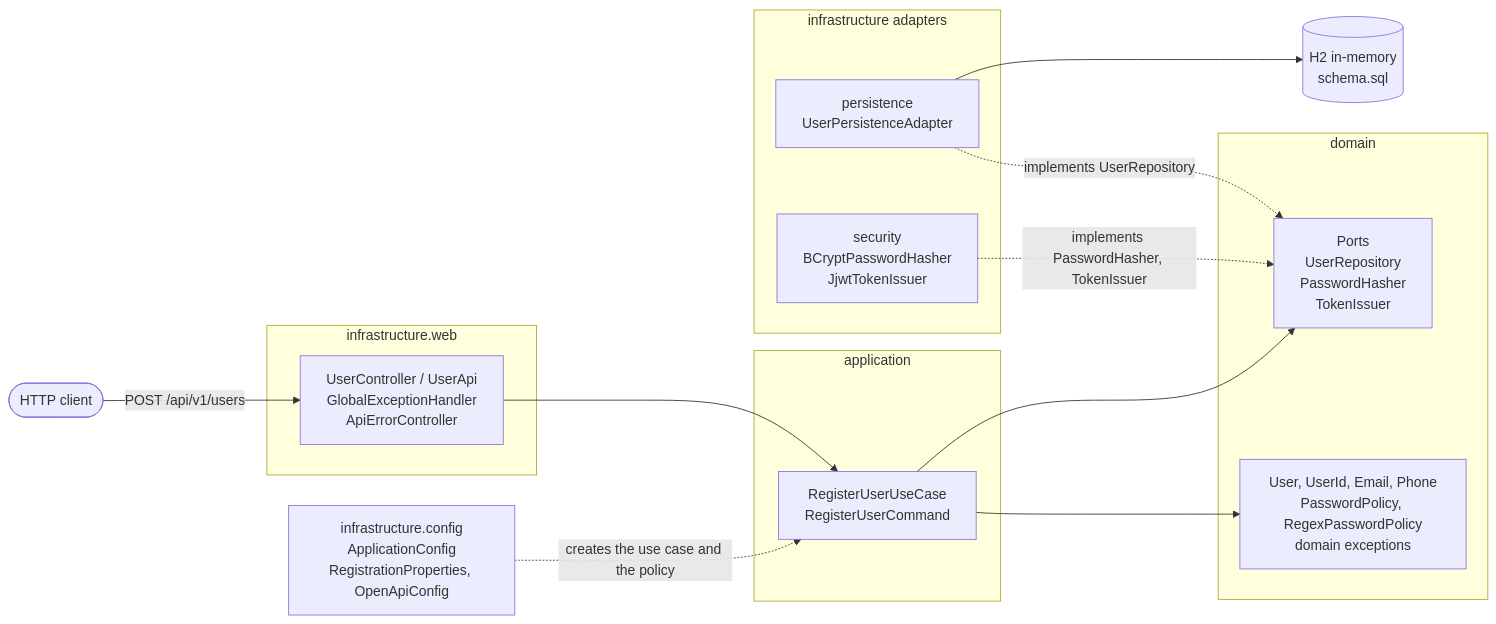
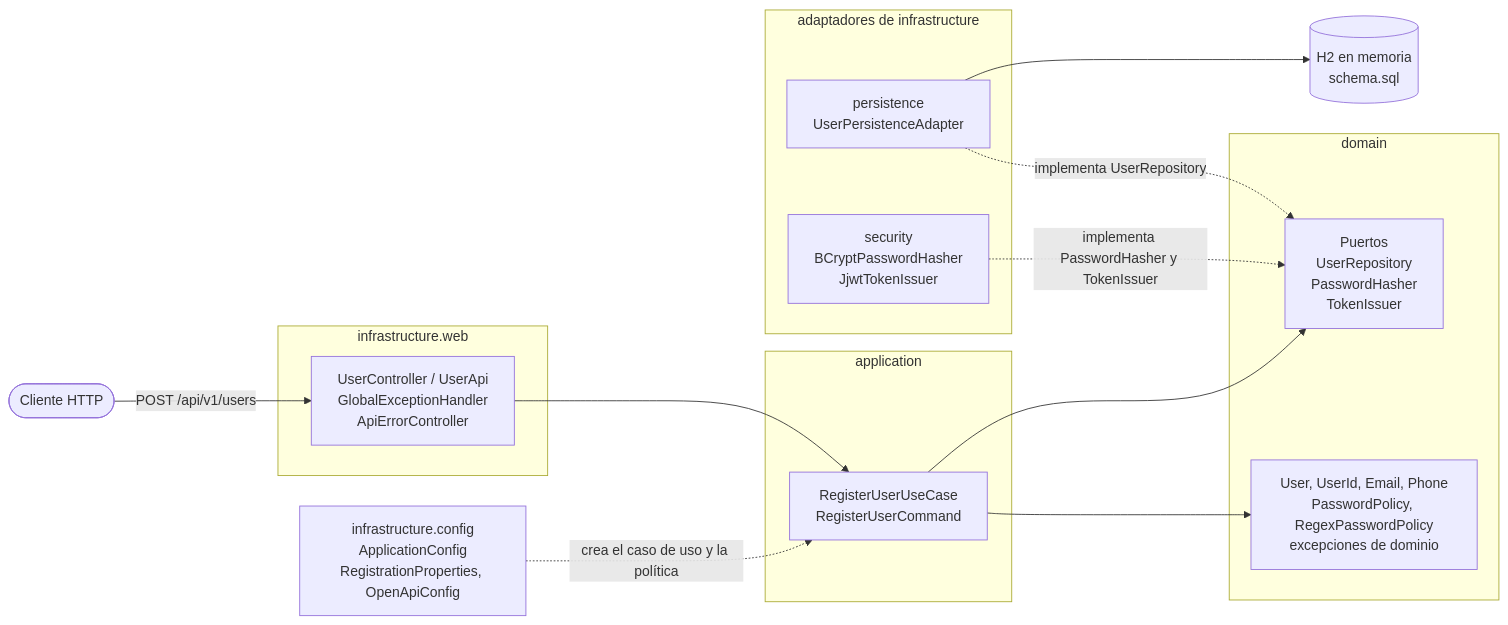
The diagram in docs/diagrams/components.mmd (gussvill/registro-usuarios-api), drawn with Mermaid before and after one commit. The commit also changed 7 other files, not shown here.

```diff
--- a/docs/diagrams/components.mmd
+++ b/docs/diagrams/components.mmd
@@ -1,32 +1,32 @@
 flowchart LR
-  Client([HTTP client])
+  Client([Cliente HTTP])
 
   subgraph infra_in [infrastructure.web]
     Web["UserController / UserApi<br/>GlobalExceptionHandler<br/>ApiErrorController"]
   end
 
   subgraph app [application]
     UC["RegisterUserUseCase<br/>RegisterUserCommand"]
   end
 
   subgraph dom [domain]
-    Model["User, UserId, Email, Phone<br/>PasswordPolicy, RegexPasswordPolicy<br/>domain exceptions"]
-    Ports["Ports<br/>UserRepository<br/>PasswordHasher<br/>TokenIssuer"]
+    Model["User, UserId, Email, Phone<br/>PasswordPolicy, RegexPasswordPolicy<br/>excepciones de dominio"]
+    Ports["Puertos<br/>UserRepository<br/>PasswordHasher<br/>TokenIssuer"]
   end
 
-  subgraph infra_out [infrastructure adapters]
+  subgraph infra_out [adaptadores de infrastructure]
     Pers["persistence<br/>UserPersistenceAdapter"]
     Sec["security<br/>BCryptPasswordHasher<br/>JjwtTokenIssuer"]
   end
 
   Cfg["infrastructure.config<br/>ApplicationConfig<br/>RegistrationProperties, OpenApiConfig"]
-  H2[("H2 in-memory<br/>schema.sql")]
+  H2[("H2 en memoria<br/>schema.sql")]
 
   Client -->|"POST /api/v1/users"| Web
   Web --> UC
   UC --> Model
   UC --> Ports
-  Pers -.->|implements UserRepository| Ports
-  Sec -.->|implements PasswordHasher, TokenIssuer| Ports
+  Pers -.->|implementa UserRepository| Ports
+  Sec -.->|implementa PasswordHasher y TokenIssuer| Ports
   Pers --> H2
-  Cfg -.->|creates the use case and the policy| UC
+  Cfg -.->|crea el caso de uso y la política| UC
```
